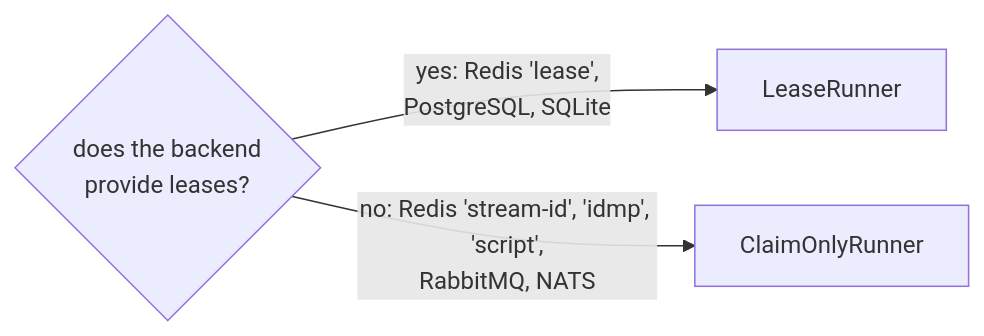
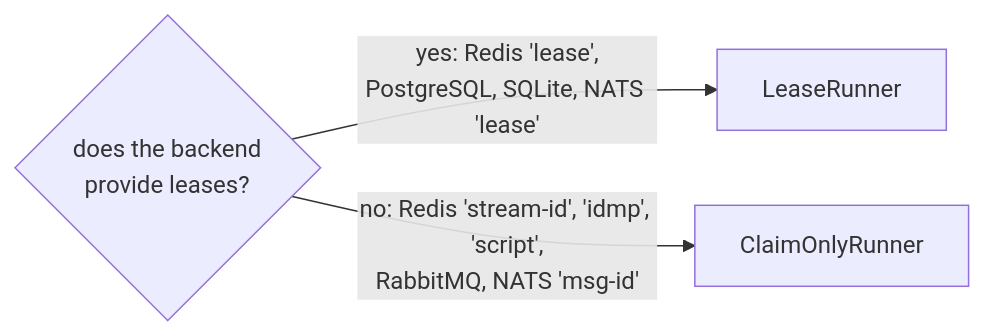
The second of 2 diagrams in docs/src/content/docs/internals/architecture.md (aristoteliss/anarchon), drawn with Mermaid before and after one commit. The commit also changed 67 other files, not shown here.

````diff
--- a/docs/src/content/docs/internals/architecture.md
+++ b/docs/src/content/docs/internals/architecture.md
@@ -61,6 +61,6 @@
 ```mermaid
 flowchart LR
   backend{"does the backend<br/>provide leases?"}
-  backend -- "yes: Redis 'lease',<br/>PostgreSQL, SQLite" --> lr["LeaseRunner"]
-  backend -- "no: Redis 'stream-id', 'idmp', 'script',<br/>RabbitMQ, NATS" --> cr["ClaimOnlyRunner"]
+  backend -- "yes: Redis 'lease',<br/>PostgreSQL, SQLite, NATS 'lease'" --> lr["LeaseRunner"]
+  backend -- "no: Redis 'stream-id', 'idmp', 'script',<br/>RabbitMQ, NATS 'msg-id'" --> cr["ClaimOnlyRunner"]
 ```
````
